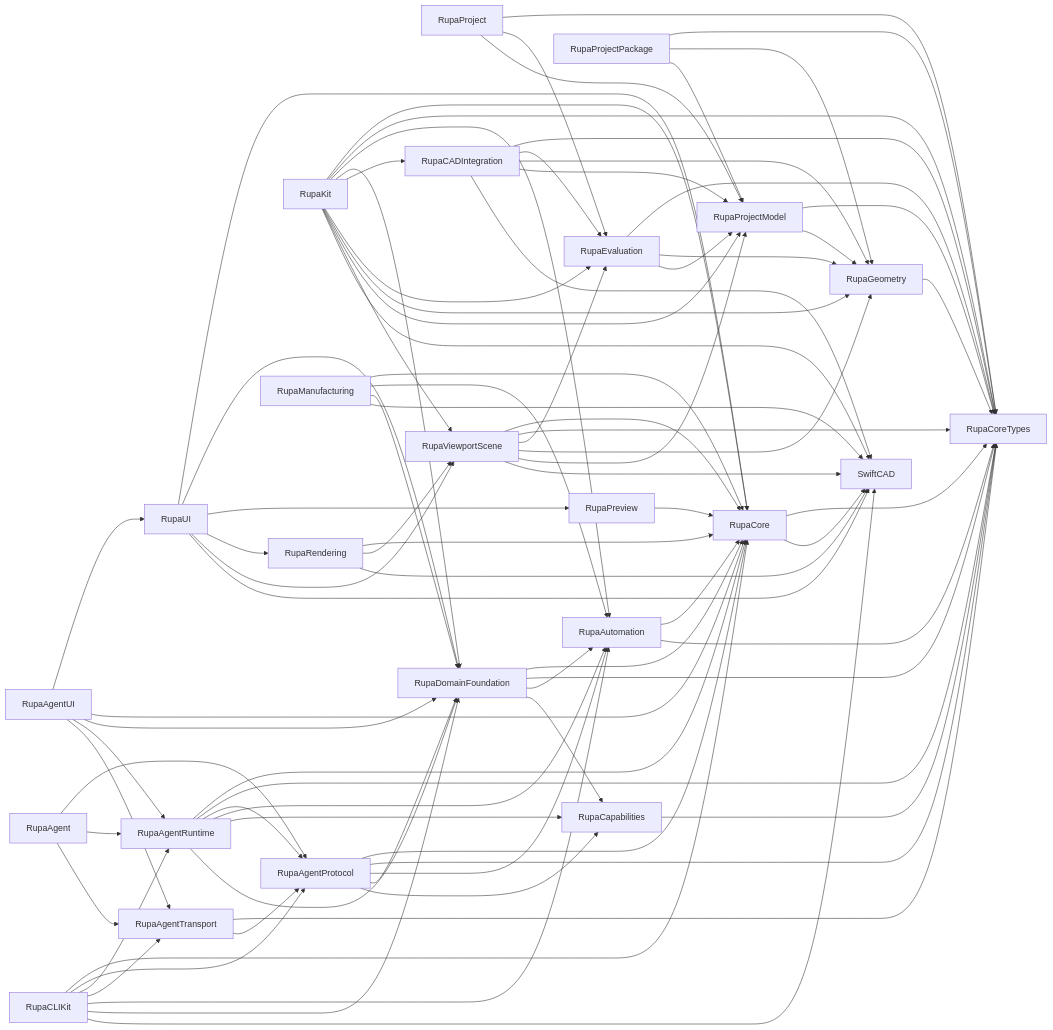
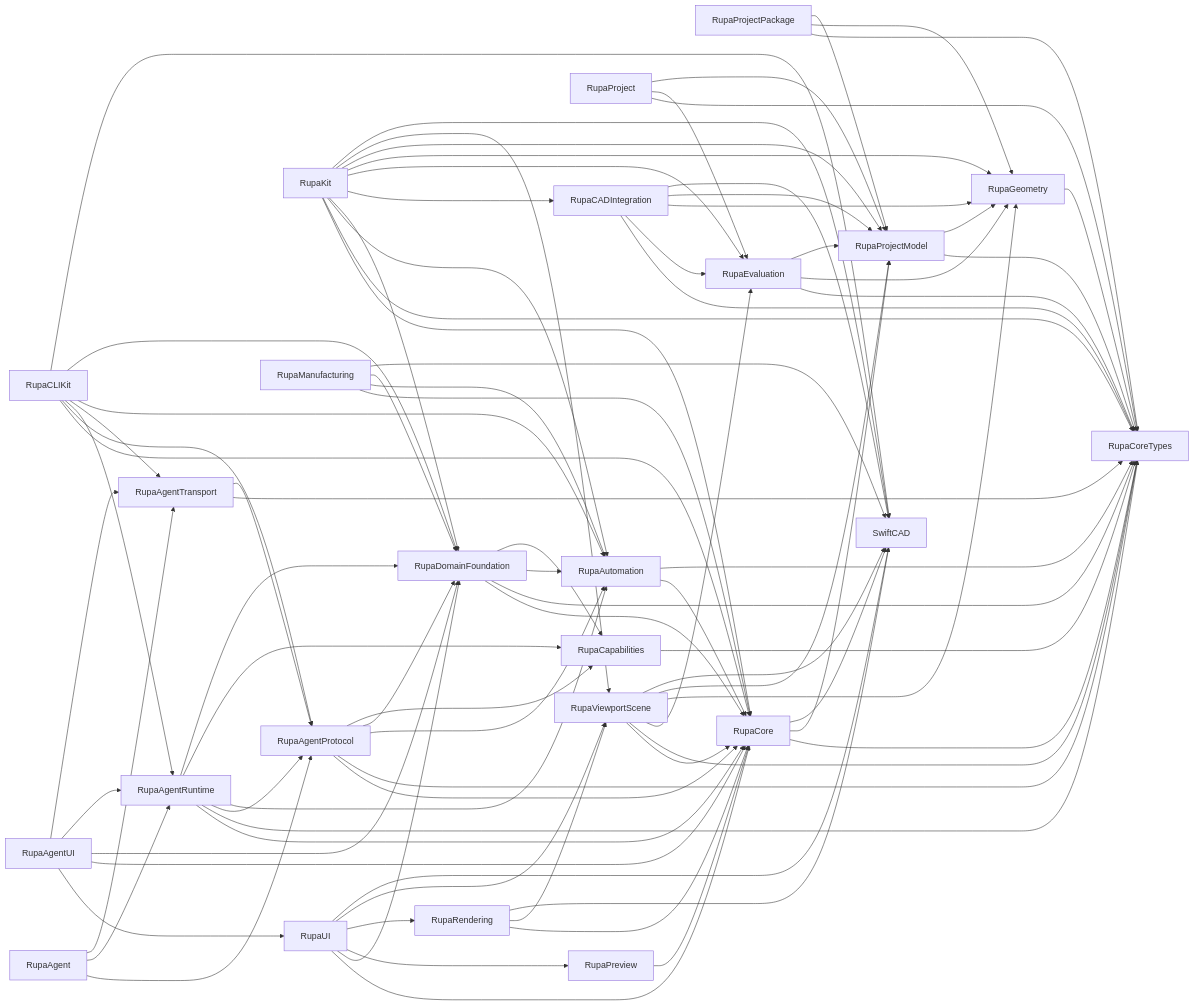
One commit to 1amageek/Rupa changed the first of 3 diagrams in RupaKit/ARCHITECTURE.md. Above: the diagram before and after it, drawn with Mermaid. The commit also changed other lines of this file and 50 other files, not shown here.

```diff
--- a/RupaKit/ARCHITECTURE.md
+++ b/RupaKit/ARCHITECTURE.md
@@ -28,6 +28,7 @@
     Project --> Evaluation
     Project --> ProjectModel
     Core[RupaCore] --> CoreTypes
+    Core --> ProjectModel
     Core --> SwiftCAD[SwiftCAD]
     CADIntegration[RupaCADIntegration] --> CoreTypes
     CADIntegration --> Evaluation
```
